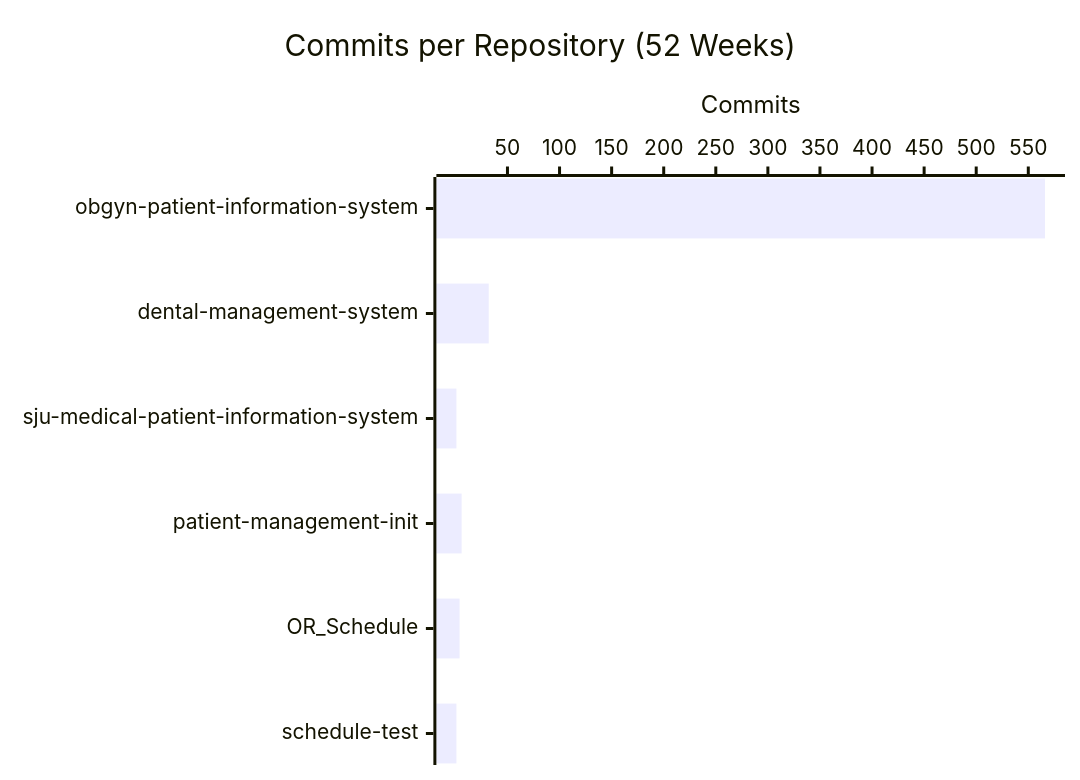
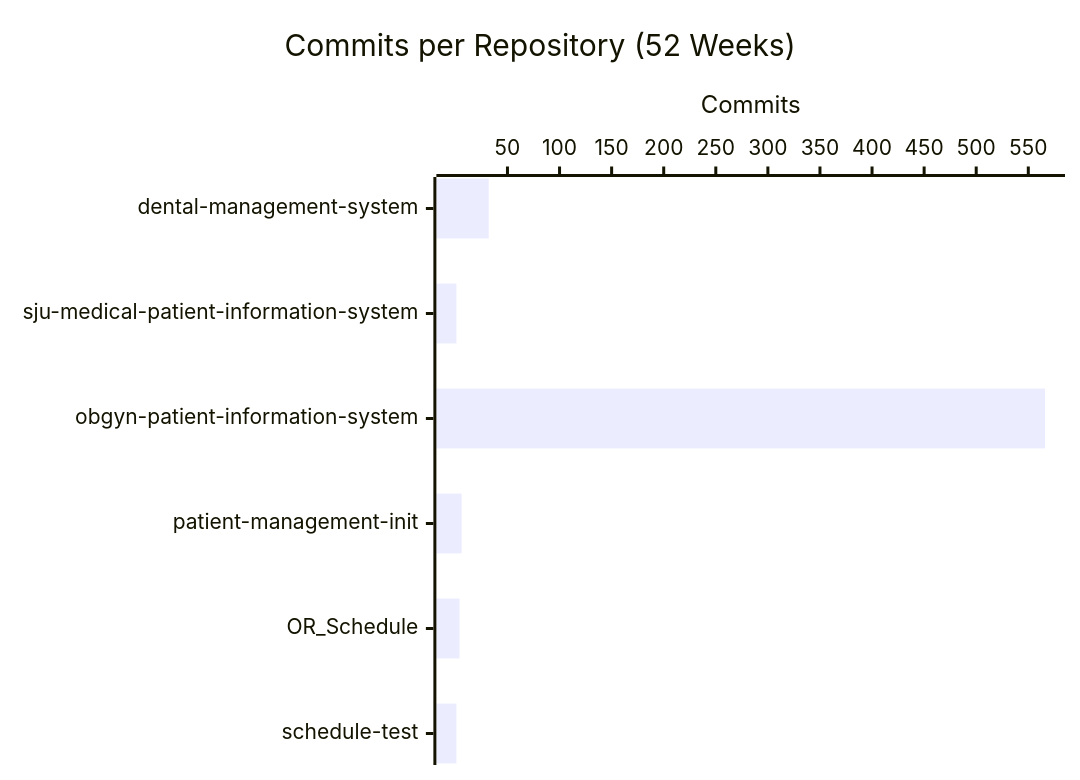
The second of 4 diagrams in profile/README.md (CSTH-Projects/.github), drawn with Mermaid before and after one commit. The commit also changed other lines of this file, not shown here.

````diff
--- a/profile/README.md
+++ b/profile/README.md
@@ -24,7 +24,7 @@
 ```mermaid
 xychart-beta horizontal
     title "Commits per Repository (52 Weeks)"
-    x-axis ["obgyn-patient-information-system", "dental-management-system", "sju-medical-patient-information-system", "patient-management-init", "OR_Schedule", "schedule-test"]
+    x-axis ["dental-management-system", "sju-medical-patient-information-system", "obgyn-patient-information-system", "patient-management-init", "OR_Schedule", "schedule-test"]
     y-axis "Commits"
-    bar [566, 32, 1, 6, 4, 1]
+    bar [32, 1, 566, 6, 4, 1]
 ```
````
